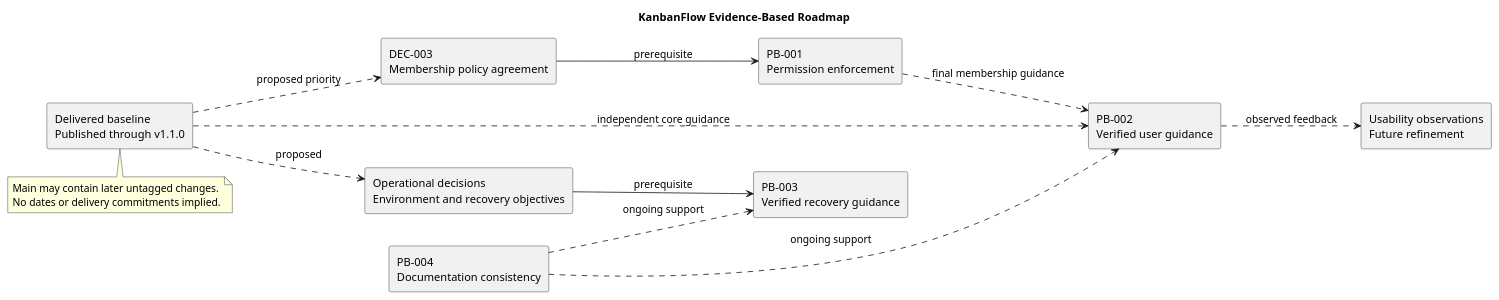
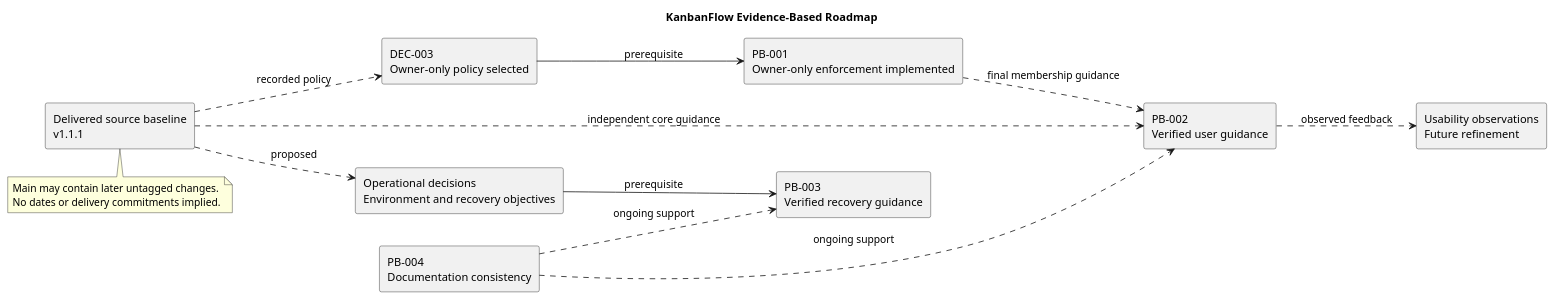
Before and after one commit to Farhad-Valizadegan/Web-KanbanFlow: the diagram in docs/Project-Management/diagrams/roadmap.puml, drawn with PlantUML. The commit also changed 127 other files, not shown here.

```diff
--- a/docs/Project-Management/diagrams/roadmap.puml
+++ b/docs/Project-Management/diagrams/roadmap.puml
@@ -1,25 +1,25 @@
 @startuml
 title KanbanFlow Evidence-Based Roadmap
 left to right direction
-rectangle "Delivered baseline\nPublished through v1.1.0" as B
-rectangle "DEC-003\nMembership policy agreement" as D
-rectangle "PB-001\nPermission enforcement" as P
+rectangle "Delivered source baseline\nv1.1.1" as B
+rectangle "DEC-003\nOwner-only policy selected" as D
+rectangle "PB-001\nOwner-only enforcement implemented" as P
 rectangle "PB-002\nVerified user guidance" as U
 rectangle "Operational decisions\nEnvironment and recovery objectives" as O
 rectangle "PB-003\nVerified recovery guidance" as R
 rectangle "Usability observations\nFuture refinement" as F
 rectangle "PB-004\nDocumentation consistency" as M
-B ..> D : proposed priority
+B ..> D : recorded policy
 D --> P : prerequisite
 P ..> U : final membership guidance
 B ..> U : independent core guidance
 B ..> O : proposed
 O --> R : prerequisite
 U ..> F : observed feedback
 M ..> U : ongoing support
 M ..> R : ongoing support
 note bottom of B
 Main may contain later untagged changes.
 No dates or delivery commitments implied.
 end note
 @enduml
```
